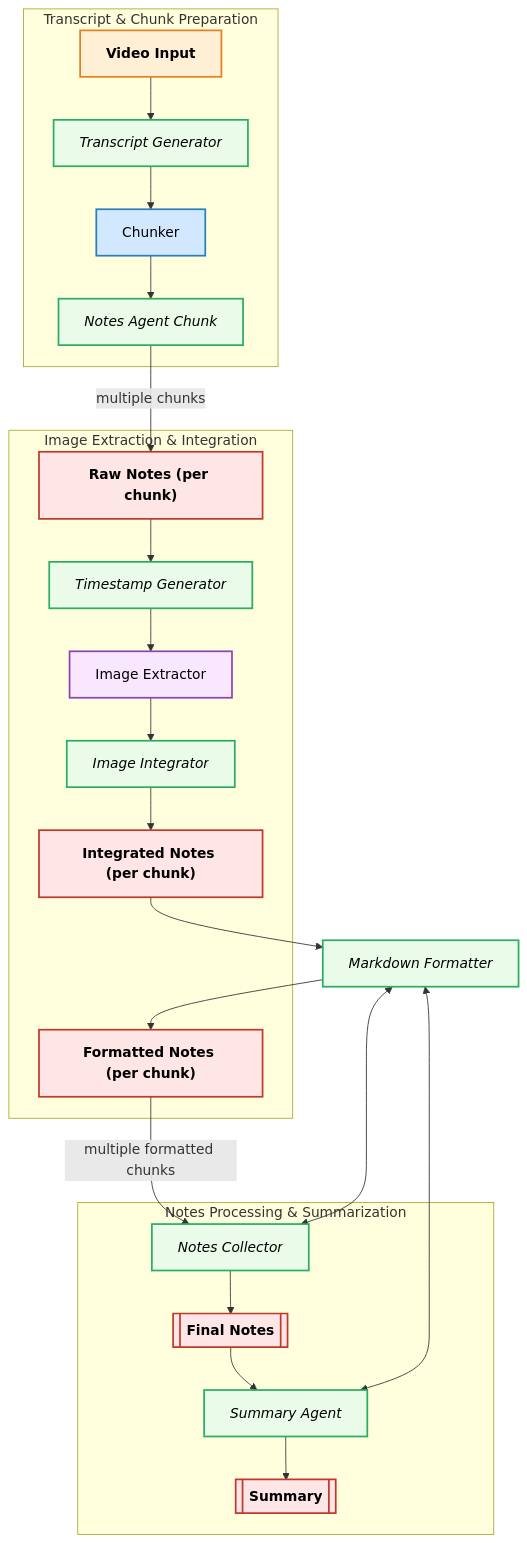
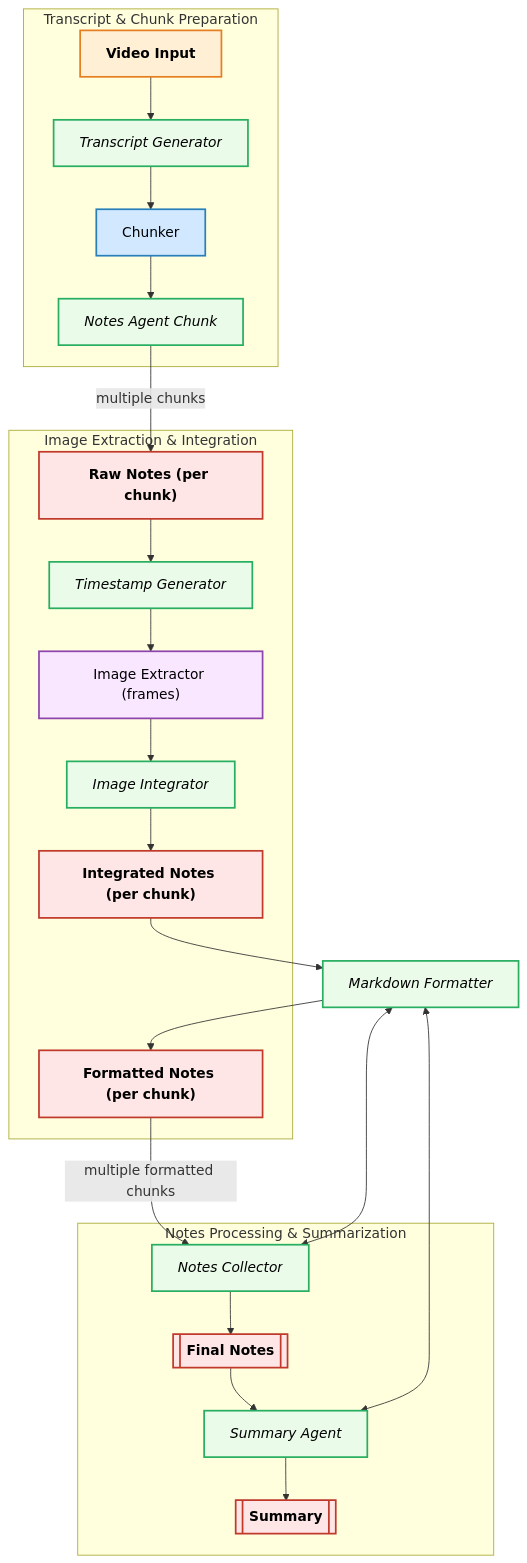
Before and after one commit to Hari31416/VidScribe: the diagram in README.md, drawn with Mermaid. The commit also changed other lines of this file, not shown here.

Commit message:
update README with image integrated option

````diff
--- a/README.md
+++ b/README.md
@@ -108,53 +113,53 @@
 ```mermaid
 flowchart TD
     %% Subgraph 1: Video Input to Chunk Generation
     subgraph SG1 ["Transcript & Chunk Preparation"]
         VI["Video Input"]
         TG["Transcript Generator"]
         CH["Chunker"]
         NA["Notes Agent Chunk"]
     end
 
     %% Subgraph 2: Raw Notes to Image Integration
-    subgraph SG2 ["Image Extraction & Integration"]
-        RN["Raw Notes (per chunk)"]
-        TS["Timestamp Generator"]
-        IE["Image Extractor"]
-        II["Image Integrator"]
-        IN["Integrated Notes (per chunk)"]
-        FN["Formatted Notes (per chunk)"]
-    end
+  subgraph SG2 ["Image Extraction & Integration"]
+    RN["Raw Notes (per chunk)"]
+    TS["Timestamp Generator"]
+    IE["Image Extractor (frames)"]
+    II["Image Integrator"]
+    IN["Integrated Notes (per chunk)"]
+    FN["Formatted Notes (per chunk)"]
+  end
 
     %% Subgraph 3: Integrated Notes to Final Notes & Summary
     subgraph SG3 ["Notes Processing & Summarization"]
         NC["Notes Collector"]
         FN1[[Final Notes]]
         SA["Summary Agent"]
         SM[[Summary]]
     end
 
     %% Connections
     MF["Markdown Formatter"]
     VI --> TG --> CH --> NA
     NA -->|"multiple chunks"| RN
-    RN --> TS --> IE --> II --> IN --> MF --> FN
+  RN --> TS --> IE --> II --> IN --> MF --> FN
     FN -->|"multiple formatted chunks"| NC
     MF <--> NC --> FN1
     FN1 --> SA --> SM
     SA <--> MF
 
     %% Styles
     classDef input fill:#ffefd5,stroke:#e67e22,stroke-width:2px,color:#000,font-weight:bold;
     classDef process fill:#d1e8ff,stroke:#2980b9,stroke-width:2px,color:#000;
     classDef agent fill:#eafbea,stroke:#27ae60,stroke-width:2px,color:#000,font-style:italic;
     classDef output fill:#ffe6e6,stroke:#c0392b,stroke-width:2px,color:#000,font-weight:bold;
     classDef special fill:#f9e6ff,stroke:#8e44ad,stroke-width:2px,color:#000;
 
     %% Assign classes
     class VI input;
     class TG,CH process;
     class NA,NC,MF,SA,TG,TS,II,IM agent;
     class FS special;
     class IE special;
     class FN1,SM,RN,FN,IN output;
 ```
````
